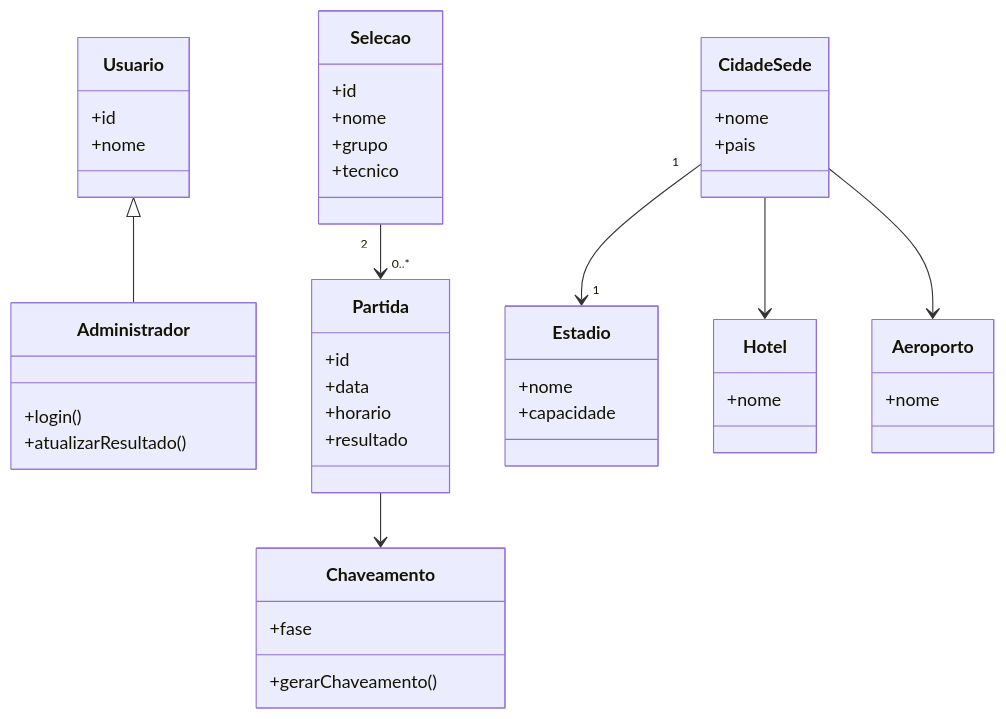
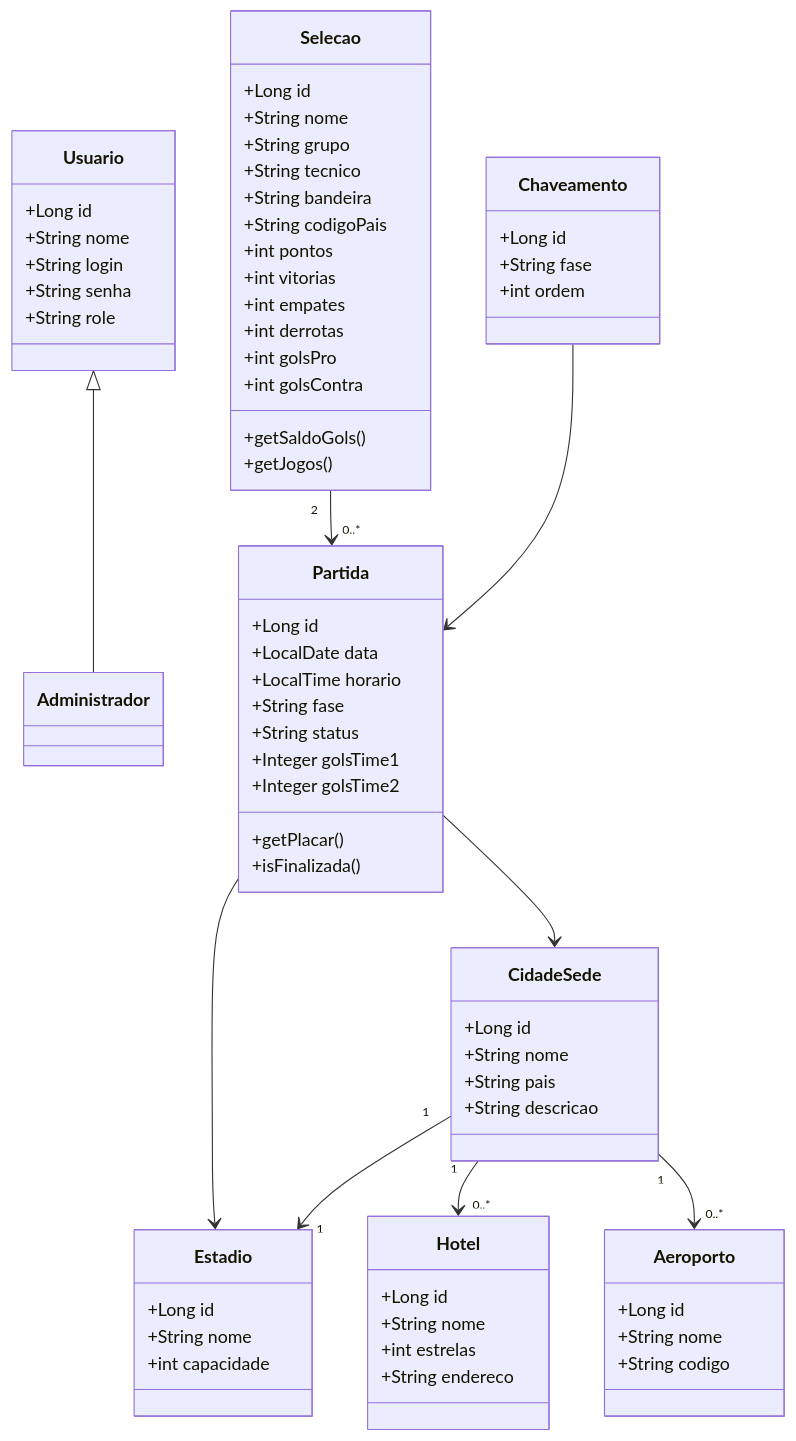
One commit to Drefus/TP-Eng-Soft changed the third of 5 diagrams in README.md. Above: the diagram before and after it, drawn with Mermaid. The commit also changed other lines of this file and 1 other file, not shown here.

````diff
--- a/README.md
+++ b/README.md
@@ -268,61 +320,88 @@
-``` mermaid
+```mermaid
 classDiagram
 
 class Usuario {
-    +id
-    +nome
+    +Long id
+    +String nome
+    +String login
+    +String senha
+    +String role
 }
 
 class Administrador {
-    +login()
-    +atualizarResultado()
 }
 
 Usuario <|-- Administrador
 
 class Selecao {
-    +id
-    +nome
-    +grupo
-    +tecnico
+    +Long id
+    +String nome
+    +String grupo
+    +String tecnico
+    +String bandeira
+    +String codigoPais
+    +int pontos
+    +int vitorias
+    +int empates
+    +int derrotas
+    +int golsPro
+    +int golsContra
+    +getSaldoGols()
+    +getJogos()
 }
 
 class CidadeSede {
-    +nome
-    +pais
+    +Long id
+    +String nome
+    +String pais
+    +String descricao
 }
 
 class Estadio {
-    +nome
-    +capacidade
+    +Long id
+    +String nome
+    +int capacidade
 }
 
 CidadeSede "1" --> "1" Estadio
 
 class Partida {
-    +id
-    +data
-    +horario
-    +resultado
+    +Long id
+    +LocalDate data
+    +LocalTime horario
+    +String fase
+    +String status
+    +Integer golsTime1
+    +Integer golsTime2
+    +getPlacar()
+    +isFinalizada()
 }
 
 Selecao "2" --> "0..*" Partida
+Partida --> Estadio
+Partida --> CidadeSede
 
 class Chaveamento {
-    +fase
-    +gerarChaveamento()
+    +Long id
+    +String fase
+    +int ordem
 }
 
-Partida --> Chaveamento
+Chaveamento --> Partida
 
 class Hotel {
-    +nome
+    +Long id
+    +String nome
+    +int estrelas
+    +String endereco
 }
 
 class Aeroporto {
-    +nome
+    +Long id
+    +String nome
+    +String codigo
 }
 
-CidadeSede --> Hotel
-CidadeSede --> Aeroporto
+CidadeSede "1" --> "0..*" Hotel
+CidadeSede "1" --> "0..*" Aeroporto
 ```
````
